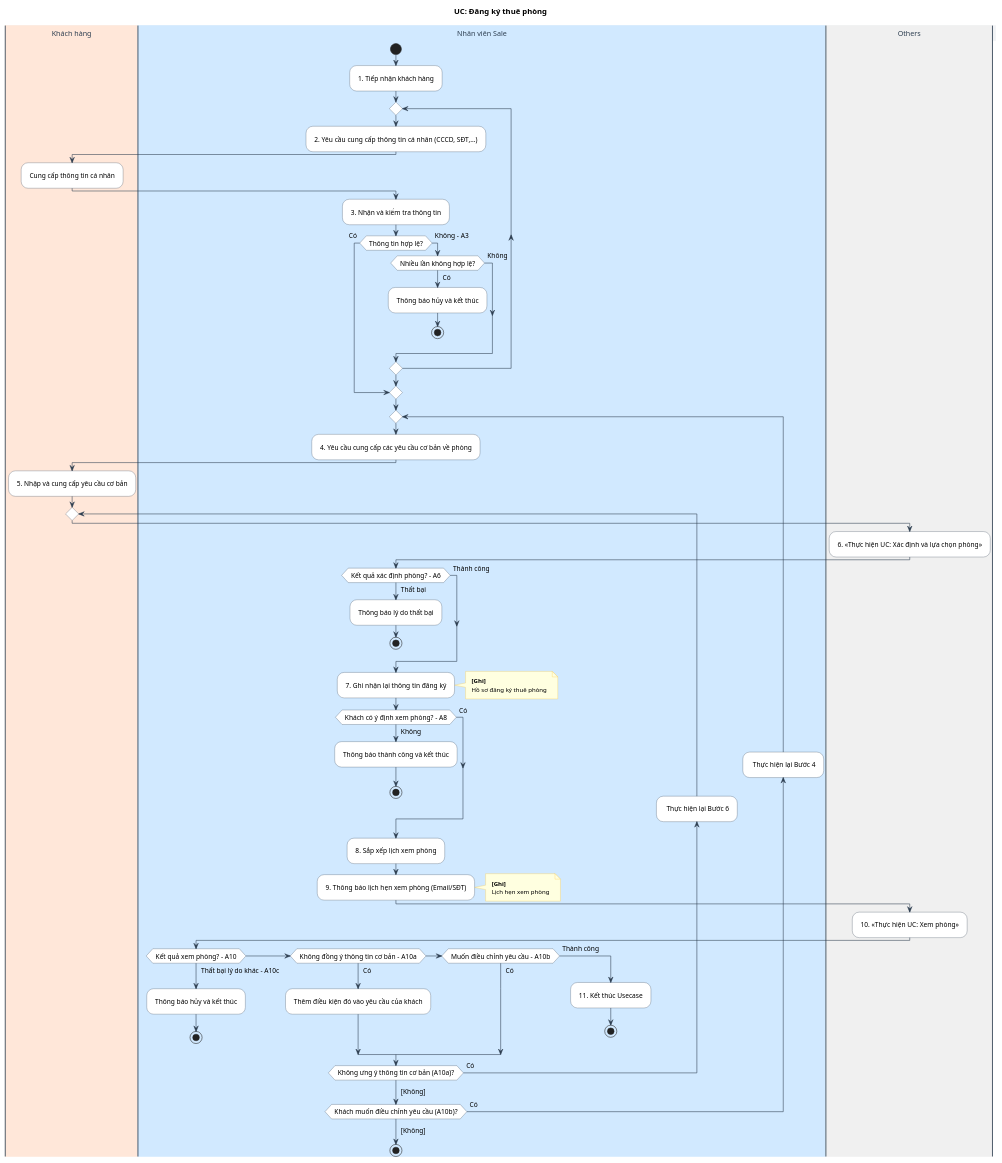
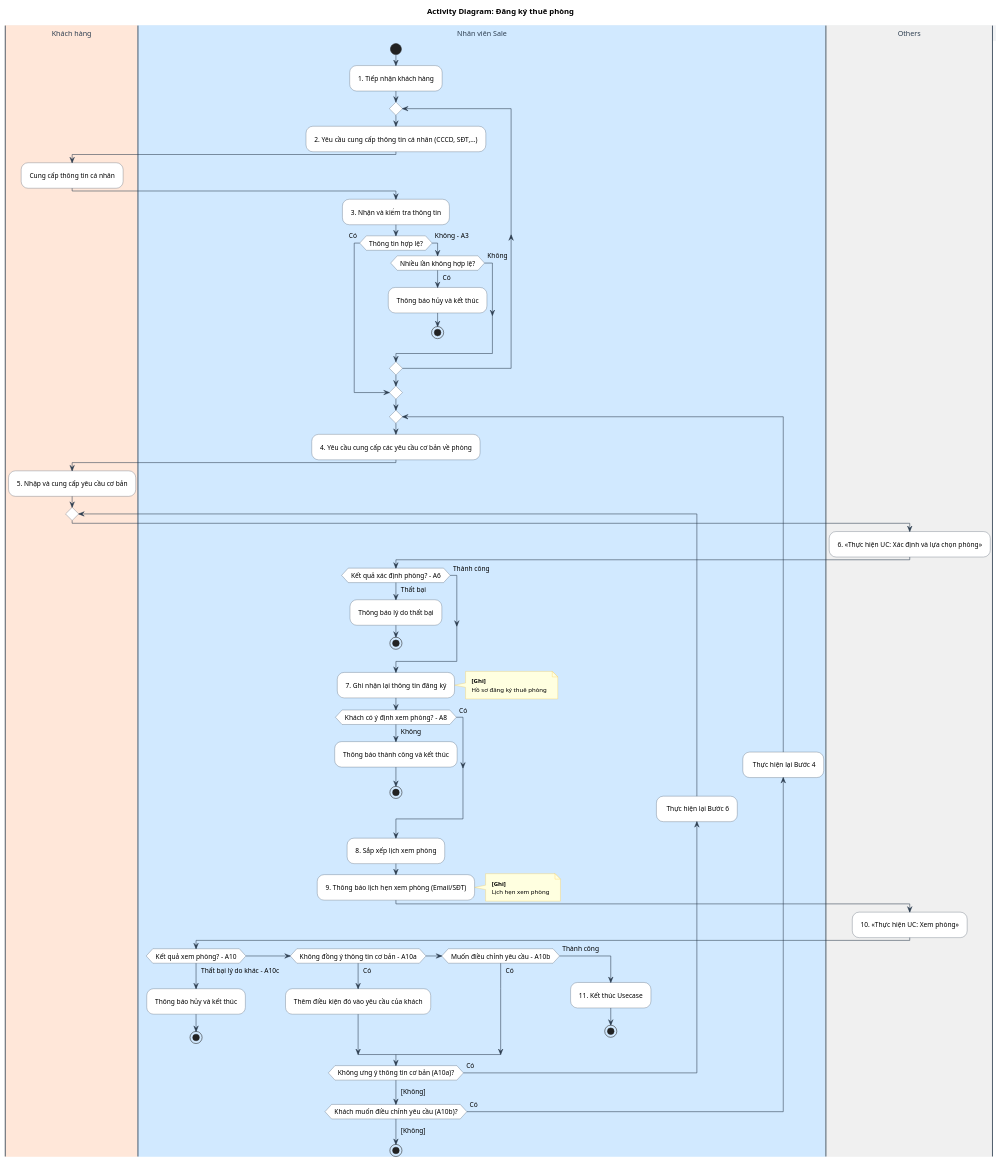
One commit to Gnourt812005/HCMUS-Analyze-and-desgin-IS changed the diagram in doc/business/activity/dang_ky_thue_phong.wsd. Above: the diagram before and after it, drawn with PlantUML. The commit also changed 5 other files, not shown here.

```diff
--- a/doc/business/activity/dang_ky_thue_phong.wsd
+++ b/doc/business/activity/dang_ky_thue_phong.wsd
@@ -1,112 +1,112 @@
 @startuml Activity_DangKyThuePhong
-title UC: Đăng ký thuê phòng
+title Activity Diagram: Đăng ký thuê phòng
 
 ' --- STYLE CONFIGURATION ---
 skinparam {
     ActivityBackgroundColor White
     ActivityBorderColor #2D3E50
     ArrowColor #2D3E50
     DefaultFontName "Arial"
     DefaultFontSize 12
     Padding 5
 
     ' Swimlane styling
     SwimlaneBorderColor #2D3E50
     SwimlaneTitleBackgroundColor #F1F3F5
     SwimlaneTitleFontSize 13
     SwimlaneTitleFontColor #2D3E50
     
     ' Note styling
     NoteBackgroundColor #FFF9C4
     NoteBorderColor #FBC02D
     NoteFontSize 11
 }
 
 ' --- SWIMLANES ---
 |#FFE7D9|Khách hàng|
 |#D1E9FF|Nhân viên Sale|
 |#F0F0F0|Others|
 
 
 |Nhân viên Sale|
 start
 :1. Tiếp nhận khách hàng;
 
 repeat
     |Nhân viên Sale|
     :2. Yêu cầu cung cấp thông tin cá nhân (CCCD, SĐT,...);
     |Khách hàng|
     :Cung cấp thông tin cá nhân;
     |Nhân viên Sale|
     :3. Nhận và kiểm tra thông tin;
     
     if (Thông tin hợp lệ?) then (Có)
         ' Thoát vòng lặp để đi thẳng xuống Bước 4
         break
     else (Không - A3)
         if (Nhiều lần không hợp lệ?) then (Có)
             :Thông báo hủy và kết thúc;
             stop
         else (Không)
             ' Chạy xuống cuối và tự động vòng lên nhận lại thông tin
         endif
     endif
 repeat while ()
 
 repeat
     |Nhân viên Sale|
     :4. Yêu cầu cung cấp các yêu cầu cơ bản về phòng;
     |Khách hàng|
     :5. Nhập và cung cấp yêu cầu cơ bản;
 
     repeat
         |Others|
         :6. << Thực hiện UC: Xác định và lựa chọn phòng >>;
 
         |Nhân viên Sale|
         if (Kết quả xác định phòng? - A6) then (Thất bại)
             :Thông báo lý do thất bại;
             stop
         else (Thành công)
         endif
 
         :7. Ghi nhận lại thông tin đăng ký;
         note right #LightYellow: **[Ghi]**\nHồ sơ đăng ký thuê phòng
 
         if (Khách có ý định xem phòng? - A8) then (Không)
             :Thông báo thành công và kết thúc;
             stop
         else (Có)
         endif
 
         :8. Sắp xếp lịch xem phòng;
         :9. Thông báo lịch hẹn xem phòng (Email/SĐT);
         note right #LightYellow: **[Ghi]**\nLịch hẹn xem phòng
 
         |Others|
         :10. << Thực hiện UC: Xem phòng >>;
 
         |Nhân viên Sale|
         if (Kết quả xem phòng? - A10) then (Thất bại lý do khác - A10c)
             :Thông báo hủy và kết thúc;
             stop
         elseif (Không đồng ý thông tin cơ bản - A10a) then (Có)
             :Thêm điều kiện đó vào yêu cầu của khách;
         elseif (Muốn điều chỉnh yêu cầu - A10b) then (Có)
             ' Bỏ qua để vòng lặp ngoài bắt điều kiện
         else (Thành công)
             :11. Kết thúc Usecase;
             stop
         endif
 
     |Nhân viên Sale|
     backward: Thực hiện lại Bước 6;
     repeat while (Không ưng ý thông tin cơ bản (A10a)?) is (Có)
     -> [Không];
 
 |Nhân viên Sale|
 backward: Thực hiện lại Bước 4;
 repeat while (Khách muốn điều chỉnh yêu cầu (A10b)?) is (Có)
 -> [Không];
 stop
 @enduml
```
